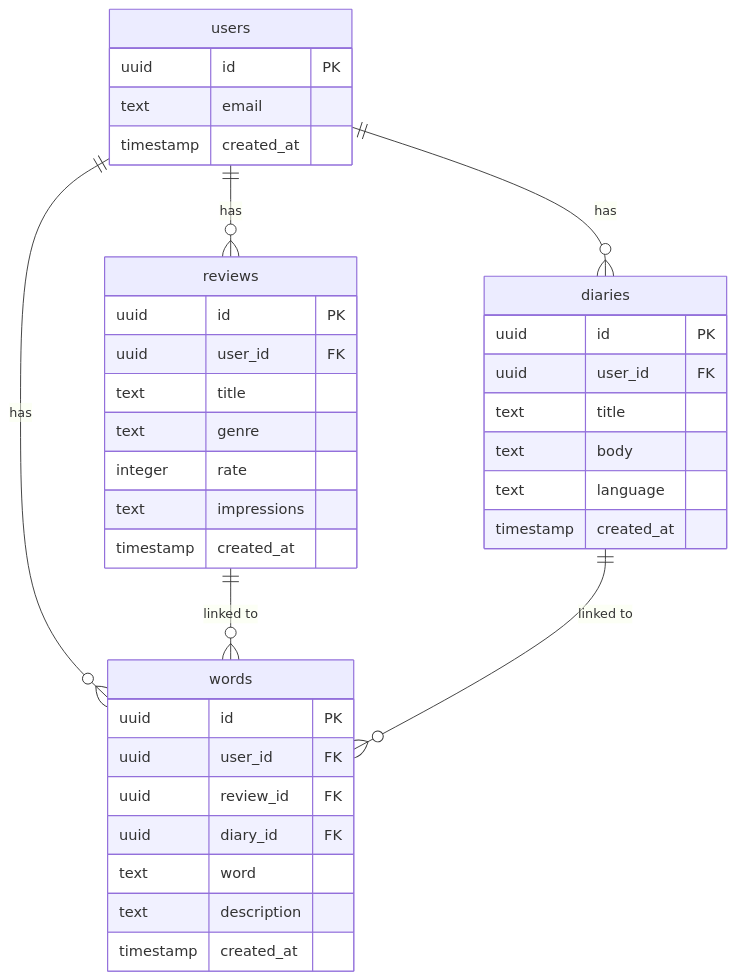
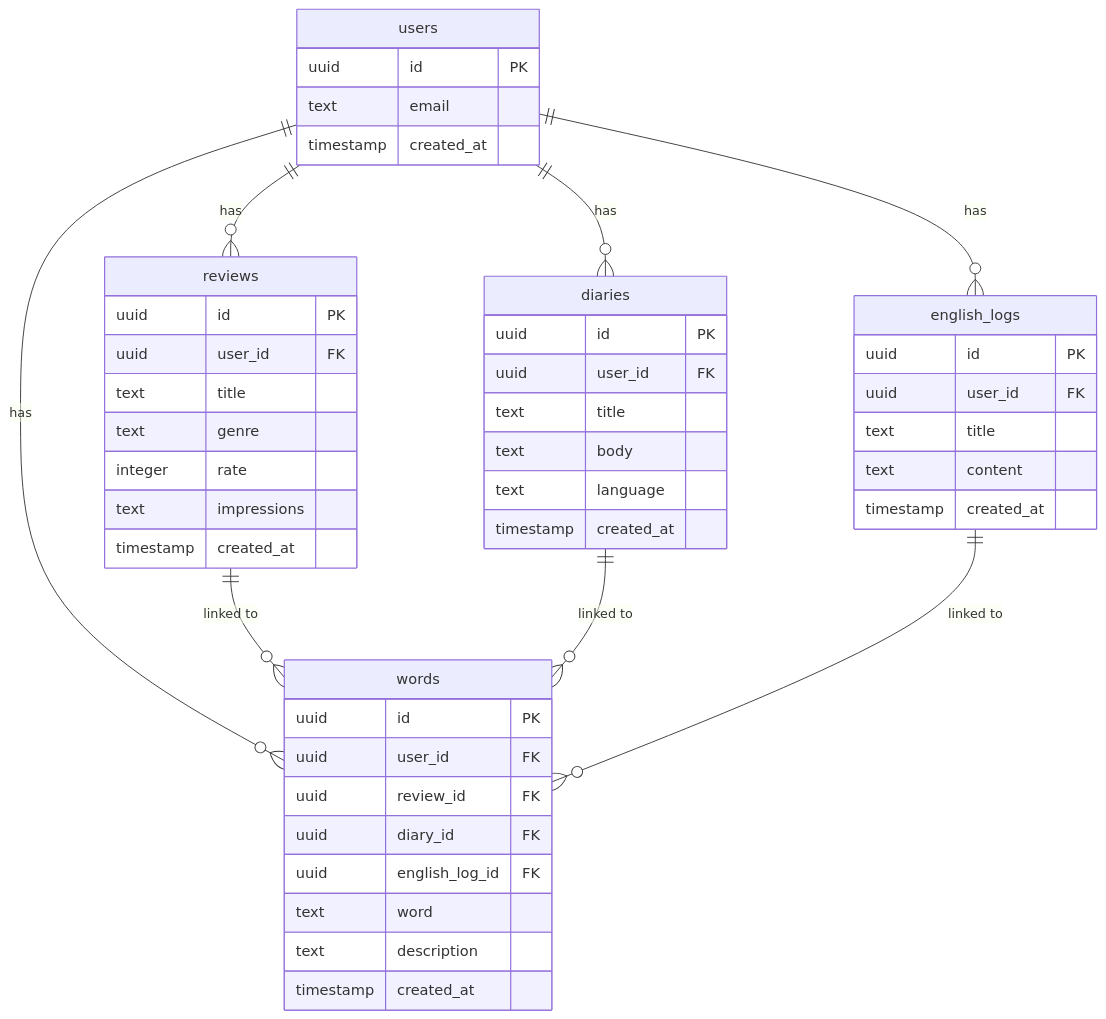
One commit to h1karu-446/MeMento changed the diagram in docs/spec.md. Above: the diagram before and after it, drawn with Mermaid. The commit also changed other lines of this file and 18 other files, not shown here.

````diff
--- a/docs/spec.md
+++ b/docs/spec.md
@@ -98,40 +102,50 @@
 ```mermaid
 erDiagram
   users ||--o{ reviews : "has"
   users ||--o{ diaries : "has"
+  users ||--o{ english_logs : "has"
   users ||--o{ words : "has"
   reviews ||--o{ words : "linked to"
   diaries ||--o{ words : "linked to"
+  english_logs ||--o{ words : "linked to"
  
   users {
     uuid id PK
     text email
     timestamp created_at
   }
   reviews {
     uuid id PK
     uuid user_id FK
     text title
     text genre
     integer rate
     text impressions
     timestamp created_at
   }
   diaries {
     uuid id PK
     uuid user_id FK
     text title
     text body
     text language
     timestamp created_at
   }
+  english_logs {
+    uuid id PK
+    uuid user_id FK
+    text title
+    text content
+    timestamp created_at
+  }
   words {
     uuid id PK
     uuid user_id FK
     uuid review_id FK
     uuid diary_id FK
+    uuid english_log_id FK
     text word
     text description
     timestamp created_at
   }
 ```
````
